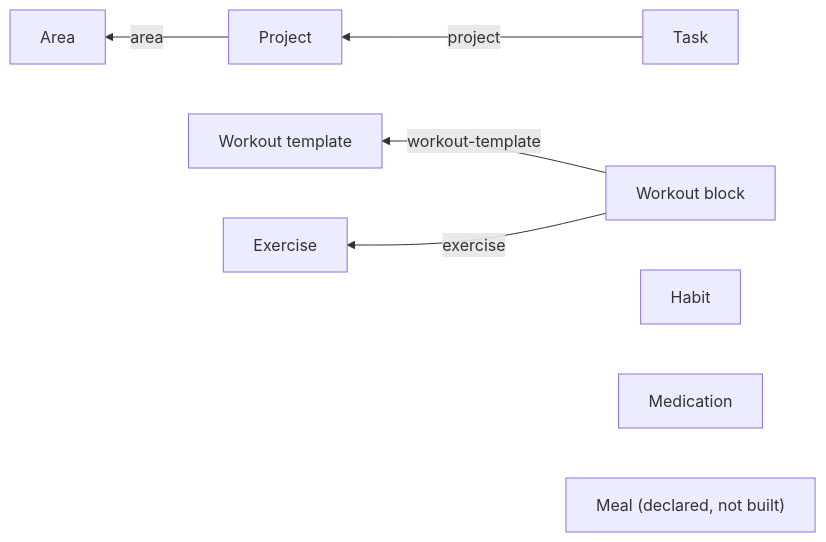
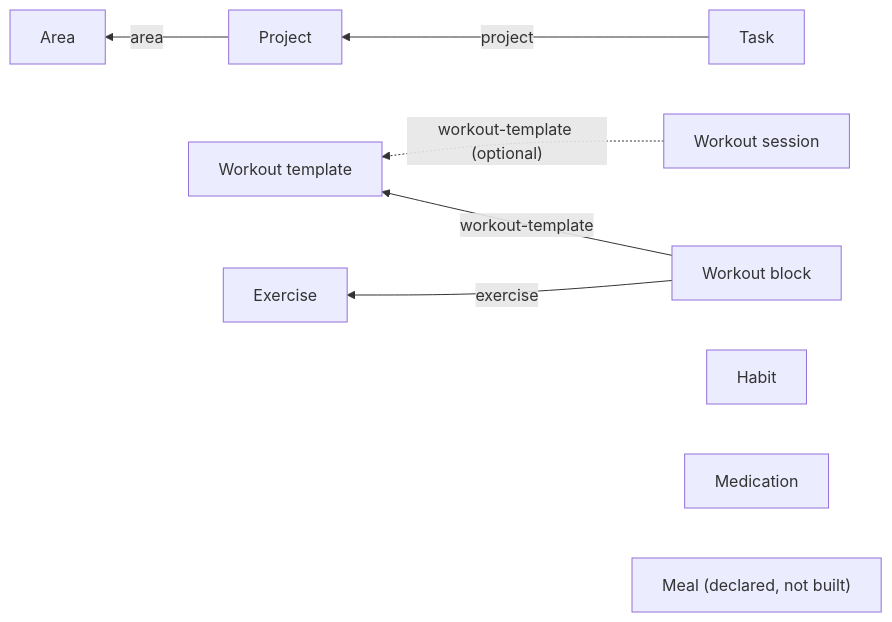
The diagram in apps/mobile/SCHEMA.md (rahulka915/rka-os), drawn with Mermaid before and after one commit. The commit also changed other lines of this file and 4 other files, not shown here.

First line of the commit message:
feat(mobile): add workout-session entity and set-logging DB functions

````diff
--- a/apps/mobile/SCHEMA.md
+++ b/apps/mobile/SCHEMA.md
@@ -11,10 +11,11 @@
 ```mermaid
 flowchart RL
     Task -- project --> Project
     Project -- area --> Area
     WorkoutBlock["Workout block"] -- workout-template --> WorkoutTemplate["Workout template"]
     WorkoutBlock -- exercise --> Exercise["Exercise"]
+    WorkoutSession["Workout session"] -. workout-template (optional) .-> WorkoutTemplate
     Habit
     Medication
     Meal["Meal (declared, not built)"]
 ```
````
